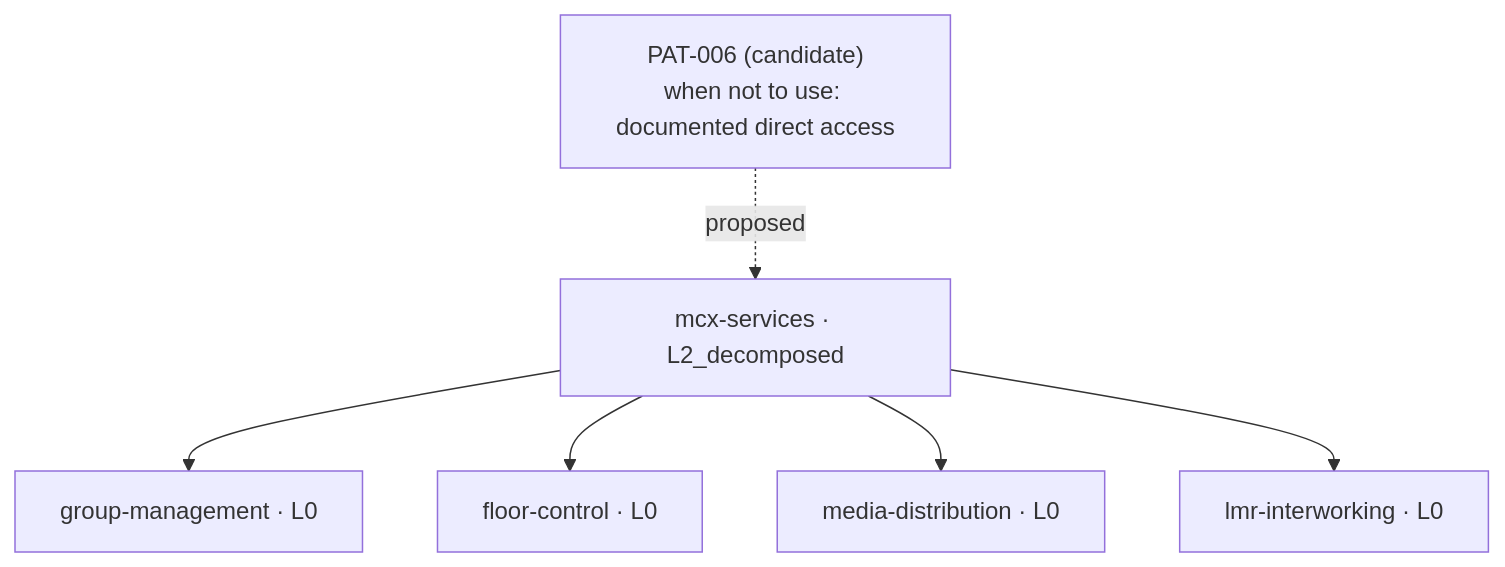
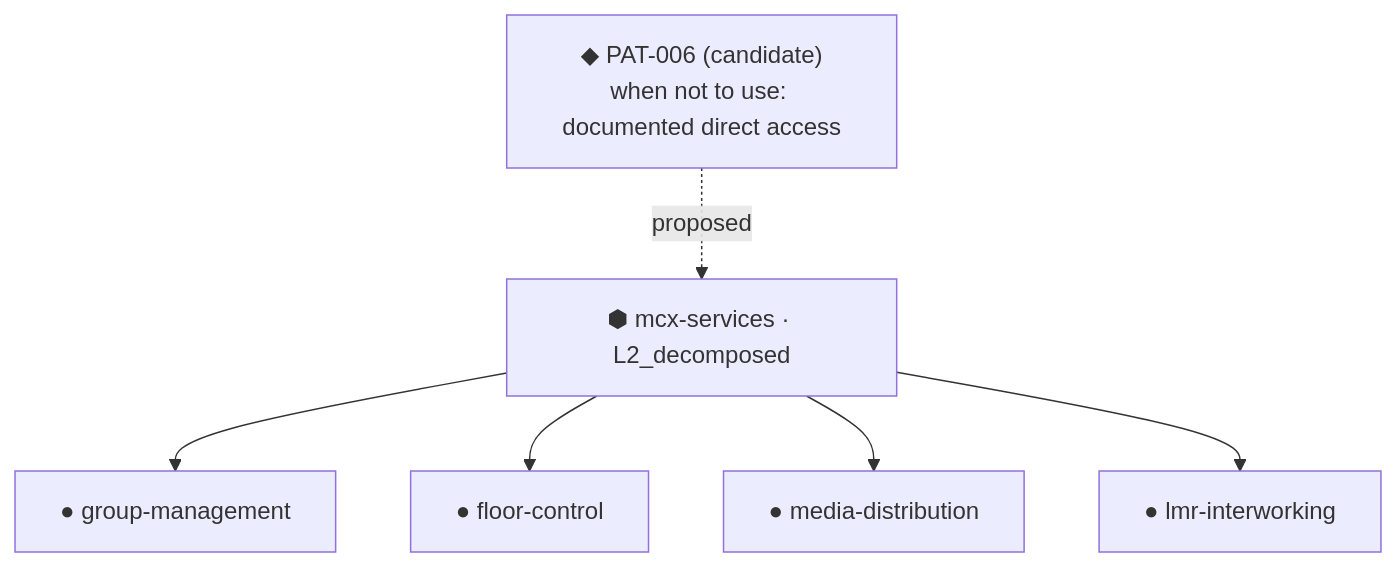
The diagram in artifacts/nordwave-mcx-2027/progression.md (MauriceIsrael/LLMOps), drawn with Mermaid before and after one commit. The commit also changed other lines of this file and 73 other files, not shown here.

````diff
--- a/artifacts/nordwave-mcx-2027/progression.md
+++ b/artifacts/nordwave-mcx-2027/progression.md
@@ -87,10 +89,10 @@
 ```mermaid
 graph TD
-    MCX["mcx-services · L2_decomposed"]
-    PAT["PAT-006 (candidate)<br/>when not to use: documented direct access"]
+    MCX["⬢ mcx-services · L2_decomposed"]
+    PAT["◆ PAT-006 (candidate)<br/>when not to use: documented direct access"]
     PAT -. proposed .-> MCX
-    MCX --> GM["group-management · L0"]
-    MCX --> FC["floor-control · L0"]
-    MCX --> MD["media-distribution · L0"]
-    MCX --> LMR["lmr-interworking · L0"]
+    MCX --> GM["● group-management"]
+    MCX --> FC["● floor-control"]
+    MCX --> MD["● media-distribution"]
+    MCX --> LMR["● lmr-interworking"]
 ```
````
